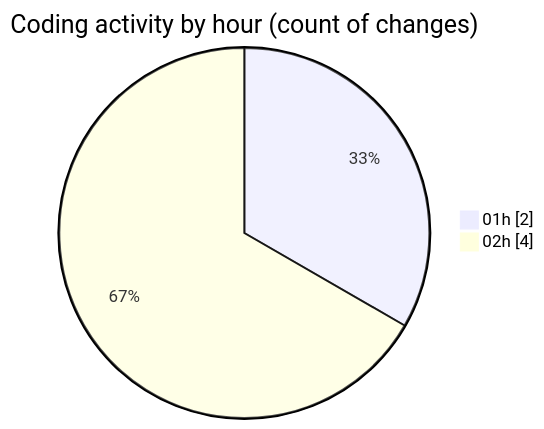
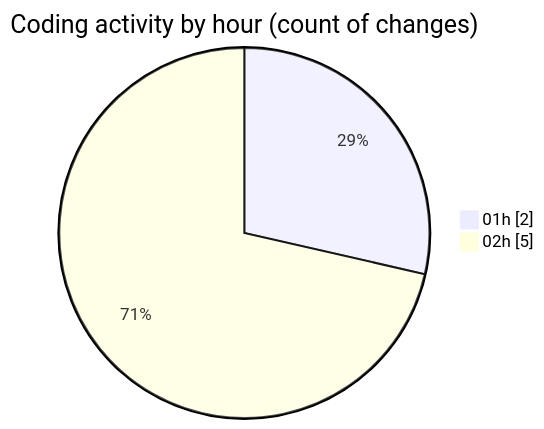
Before and after one commit to shibass792/code-tracking: the second of 2 diagrams in 2026-07-13/untitled__workspace_/README.md, drawn with Mermaid. The commit also changed other lines of this file and 1 other file, not shown here.

````diff
--- a/2026-07-13/untitled__workspace_/README.md
+++ b/2026-07-13/untitled__workspace_/README.md
@@ -33,6 +35,6 @@
 ```mermaid
 pie showData
 title Coding activity by hour (count of changes)
 "01h" : 2
-"02h" : 4
+"02h" : 5
 ```
````
